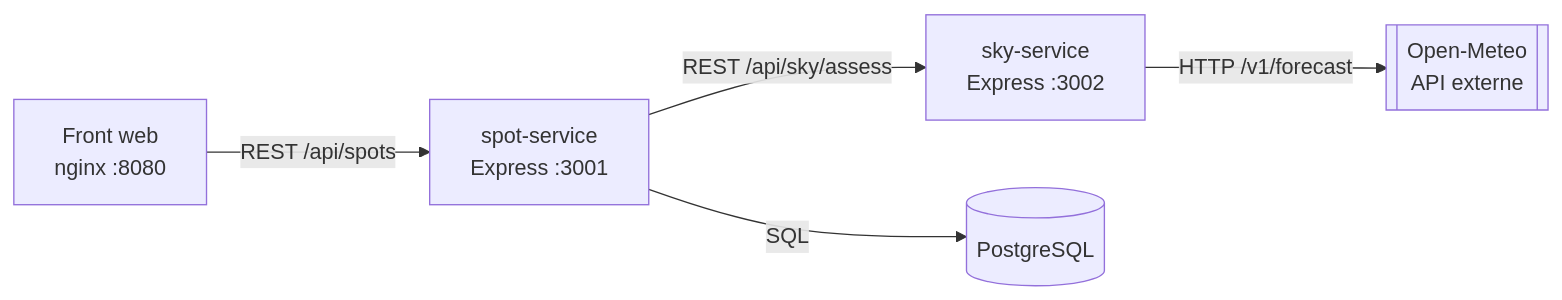
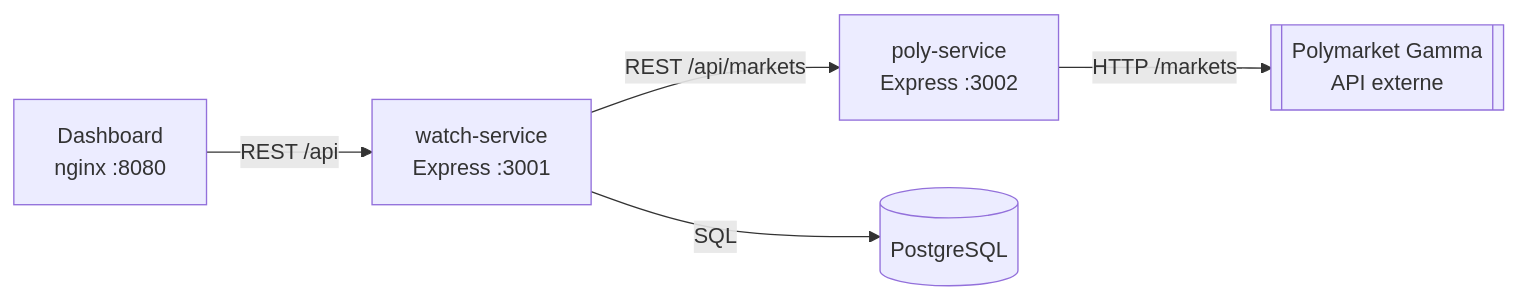
One commit to 2soum/PolyPulse changed the first of 3 diagrams in docs/ARCHITECTURE.md. Above: the diagram before and after it, drawn with Mermaid. The commit also changed other lines of this file and 7 other files, not shown here.

First line of the commit message:
docs: rapport PDF PolyPulse (thème noir & vert) + README/ARCHITECTURE à jour + captures

````diff
--- a/docs/ARCHITECTURE.md
+++ b/docs/ARCHITECTURE.md
@@ -5,13 +5,13 @@
 ```mermaid
 flowchart LR
-    UI[Front web<br/>nginx :8080]
-    SPOT[spot-service<br/>Express :3001]
-    SKY[sky-service<br/>Express :3002]
+    UI[Dashboard<br/>nginx :8080]
+    WATCH[watch-service<br/>Express :3001]
+    POLY[poly-service<br/>Express :3002]
     DB[(PostgreSQL)]
-    WX[[Open-Meteo<br/>API externe]]
+    GAMMA[[Polymarket Gamma<br/>API externe]]
 
-    UI -->|REST /api/spots| SPOT
-    SPOT -->|REST /api/sky/assess| SKY
-    SPOT -->|SQL| DB
-    SKY -->|HTTP /v1/forecast| WX
+    UI -->|REST /api| WATCH
+    WATCH -->|REST /api/markets| POLY
+    WATCH -->|SQL| DB
+    POLY -->|HTTP /markets| GAMMA
 ```
````
